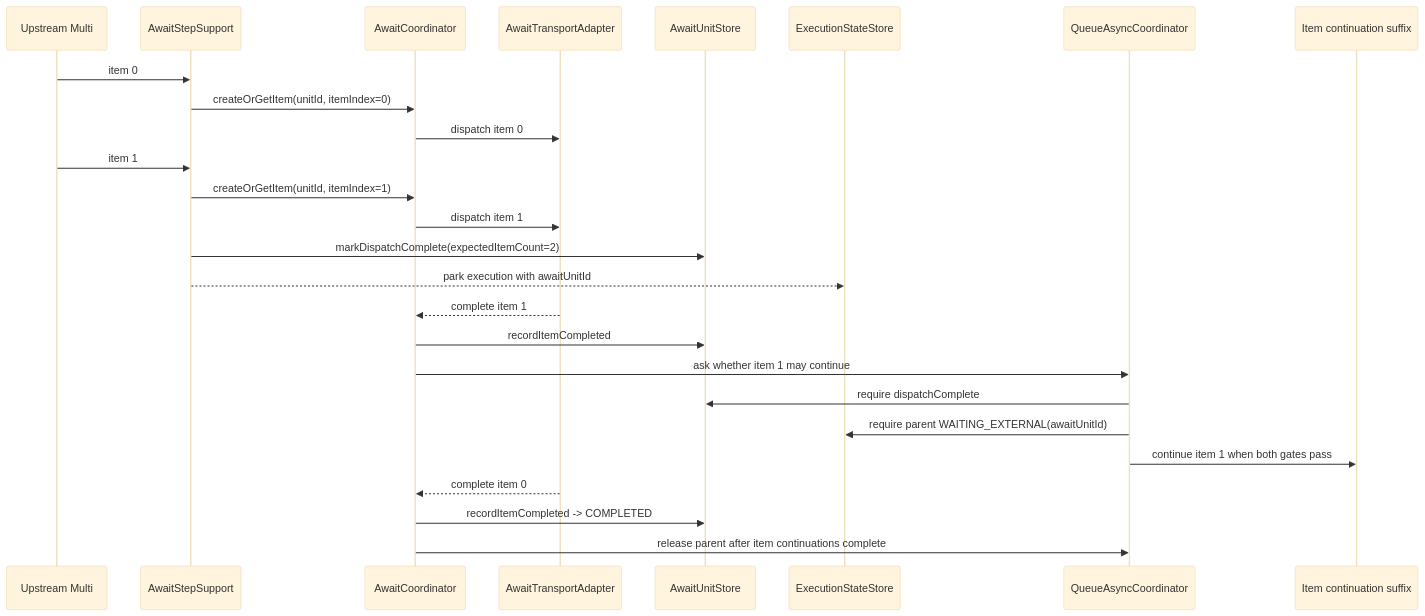
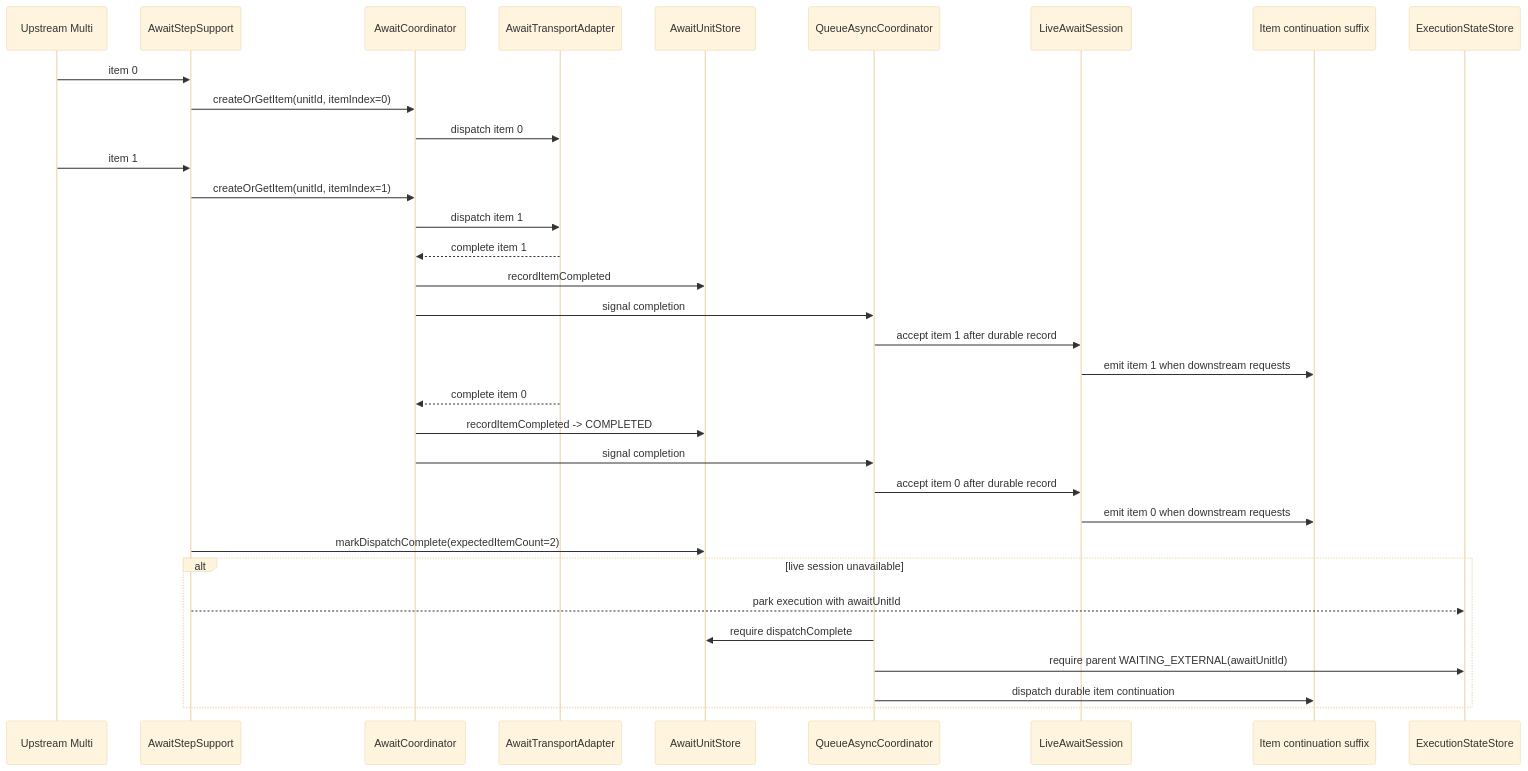
One commit to The-Pipeline-Framework/pipelineframework changed the second of 7 diagrams in docs/evolve/await-unit-runtime/sequences.md. Above: the diagram before and after it, drawn with Mermaid (base theme). The commit also changed other lines of this file and 32 other files, not shown here.

Commit message:
Make CSV await completions flow live

````diff
--- a/docs/evolve/await-unit-runtime/sequences.md
+++ b/docs/evolve/await-unit-runtime/sequences.md
@@ -35,29 +37,36 @@
 ```mermaid
 sequenceDiagram
     participant Source as Upstream Multi
     participant Step as AwaitStepSupport
     participant Coord as AwaitCoordinator
     participant Adapter as AwaitTransportAdapter
     participant UnitStore as AwaitUnitStore
+    participant Queue as QueueAsyncCoordinator
+    participant Live as LiveAwaitSession
+    participant Suffix as Item continuation suffix
     participant ExecStore as ExecutionStateStore
-    participant Queue as QueueAsyncCoordinator
-    participant Suffix as Item continuation suffix
 
     Source->>Step: item 0
     Step->>Coord: createOrGetItem(unitId, itemIndex=0)
     Coord->>Adapter: dispatch item 0
     Source->>Step: item 1
     Step->>Coord: createOrGetItem(unitId, itemIndex=1)
     Coord->>Adapter: dispatch item 1
-    Step->>UnitStore: markDispatchComplete(expectedItemCount=2)
-    Step-->>ExecStore: park execution with awaitUnitId
     Adapter-->>Coord: complete item 1
     Coord->>UnitStore: recordItemCompleted
-    Coord->>Queue: ask whether item 1 may continue
-    Queue->>UnitStore: require dispatchComplete
-    Queue->>ExecStore: require parent WAITING_EXTERNAL(awaitUnitId)
-    Queue->>Suffix: continue item 1 when both gates pass
+    Coord->>Queue: signal completion
+    Queue->>Live: accept item 1 after durable record
+    Live->>Suffix: emit item 1 when downstream requests
     Adapter-->>Coord: complete item 0
     Coord->>UnitStore: recordItemCompleted -> COMPLETED
-    Coord->>Queue: release parent after item continuations complete
+    Coord->>Queue: signal completion
+    Queue->>Live: accept item 0 after durable record
+    Live->>Suffix: emit item 0 when downstream requests
+    Step->>UnitStore: markDispatchComplete(expectedItemCount=2)
+    alt live session unavailable
+      Step-->>ExecStore: park execution with awaitUnitId
+      Queue->>UnitStore: require dispatchComplete
+      Queue->>ExecStore: require parent WAITING_EXTERNAL(awaitUnitId)
+      Queue->>Suffix: dispatch durable item continuation
+    end
 ```
````
